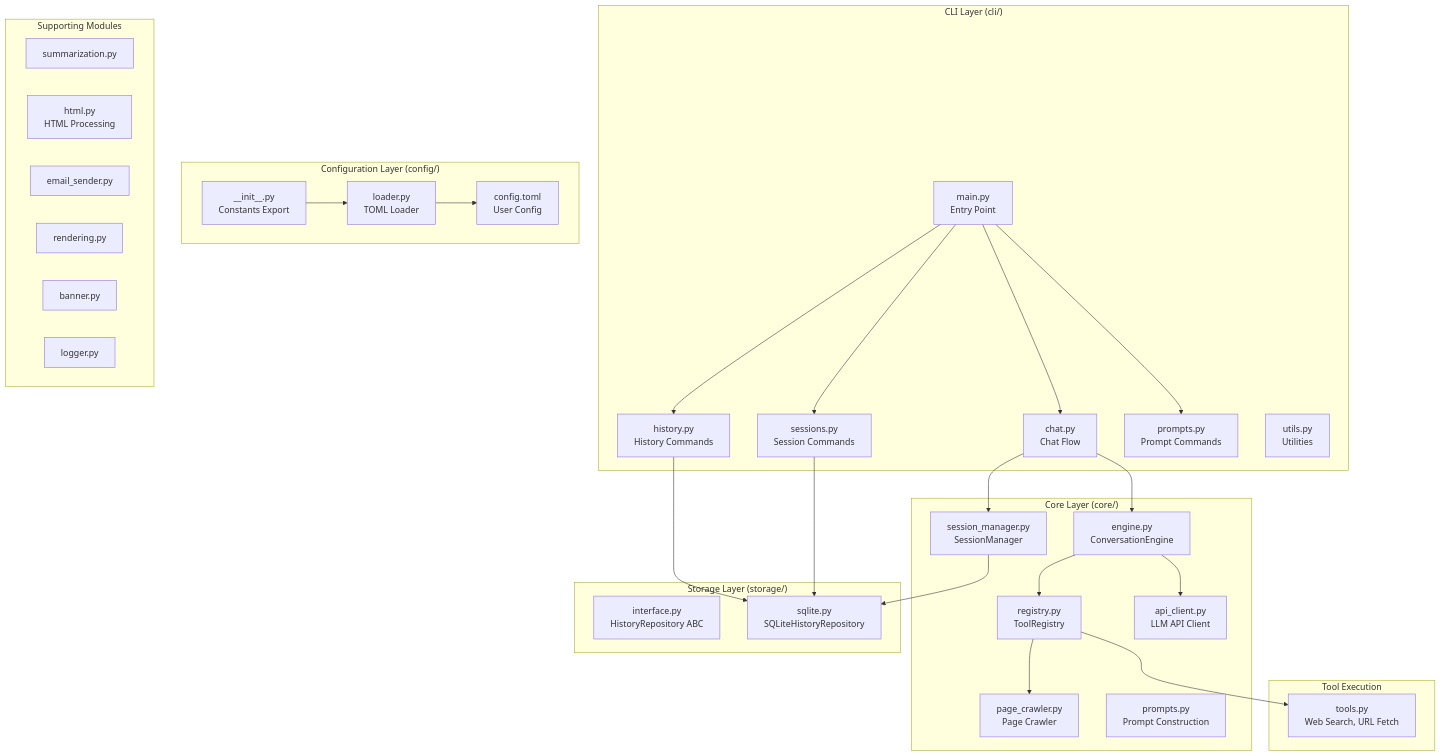
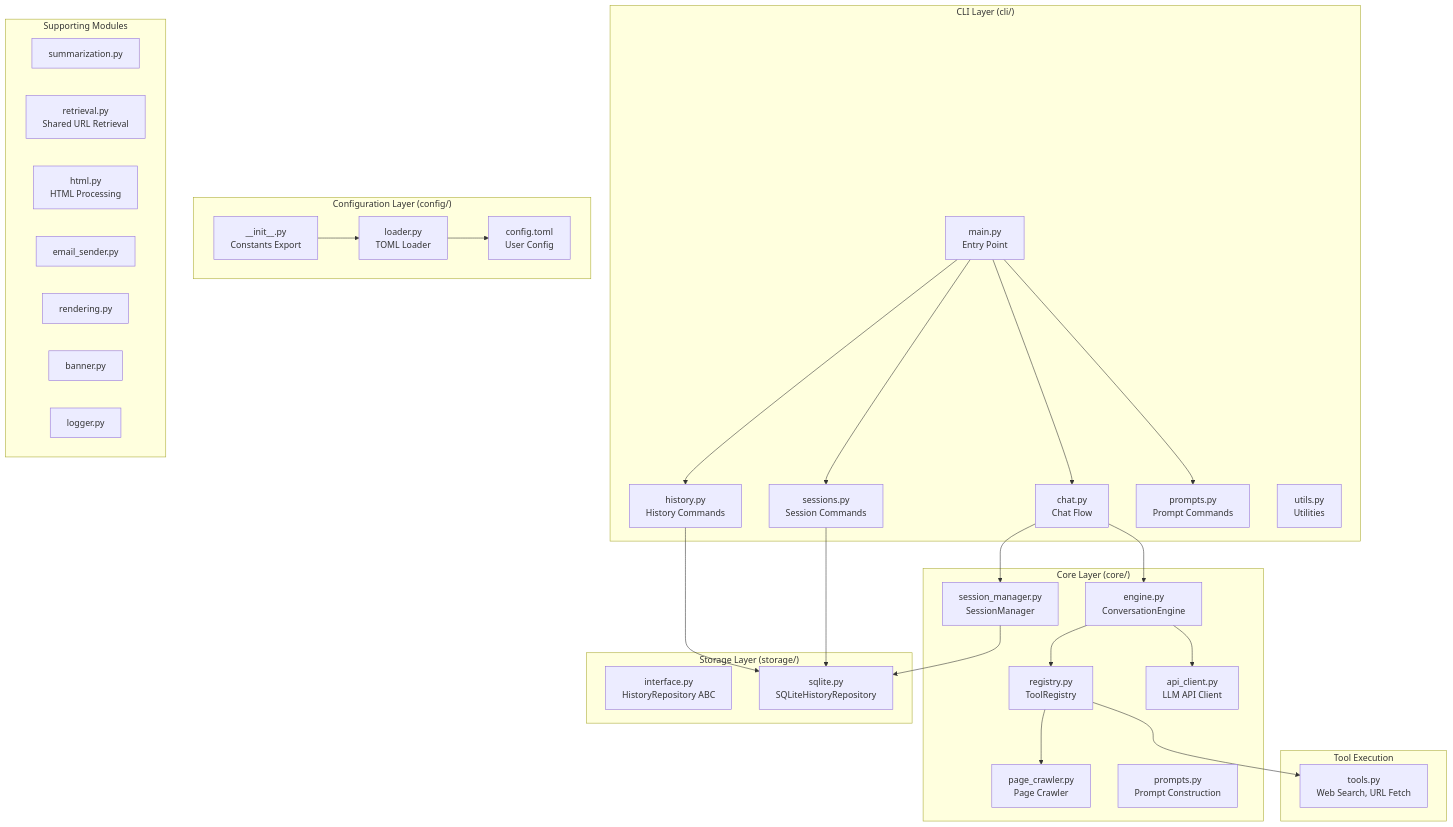
One commit to evrenesat/asky changed the diagram in ARCHITECTURE.md. Above: the diagram before and after it, drawn with Mermaid. The commit also changed other lines of this file and 29 other files, not shown here.

````diff
--- a/ARCHITECTURE.md
+++ b/ARCHITECTURE.md
@@ -9,60 +9,61 @@
 ```mermaid
 graph TB
     subgraph CLI["CLI Layer (cli/)"]
         main["main.py<br/>Entry Point"]
         chat["chat.py<br/>Chat Flow"]
         history["history.py<br/>History Commands"]
         sessions_cli["sessions.py<br/>Session Commands"]
         prompts_cli["prompts.py<br/>Prompt Commands"]
         utils["utils.py<br/>Utilities"]
     end
 
     subgraph Core["Core Layer (core/)"]
         engine["engine.py<br/>ConversationEngine"]
         registry["registry.py<br/>ToolRegistry"]
         api_client["api_client.py<br/>LLM API Client"]
         session_mgr["session_manager.py<br/>SessionManager"]
         page_crawler["page_crawler.py<br/>Page Crawler"]
         prompts_core["prompts.py<br/>Prompt Construction"]
     end
 
     subgraph Storage["Storage Layer (storage/)"]
         interface["interface.py<br/>HistoryRepository ABC"]
         sqlite["sqlite.py<br/>SQLiteHistoryRepository"]
     end
 
     subgraph Config["Configuration Layer (config/)"]
         config_init["__init__.py<br/>Constants Export"]
         loader["loader.py<br/>TOML Loader"]
         config_toml["config.toml<br/>User Config"]
     end
 
     subgraph Tools["Tool Execution"]
         tools["tools.py<br/>Web Search, URL Fetch"]
     end
 
     subgraph Other["Supporting Modules"]
         summarization["summarization.py"]
+        retrieval["retrieval.py<br/>Shared URL Retrieval"]
         html["html.py<br/>HTML Processing"]
         email_mod["email_sender.py"]
         rendering["rendering.py"]
         banner["banner.py"]
         logger_mod["logger.py"]
     end
 
     main --> chat
     main --> history
     main --> sessions_cli
     main --> prompts_cli
     chat --> engine
     engine --> registry
     engine --> api_client
     chat --> session_mgr
     session_mgr --> sqlite
     history --> sqlite
     sessions_cli --> sqlite
     registry --> tools
     registry --> page_crawler
     config_init --> loader
     loader --> config_toml
 ```
````
